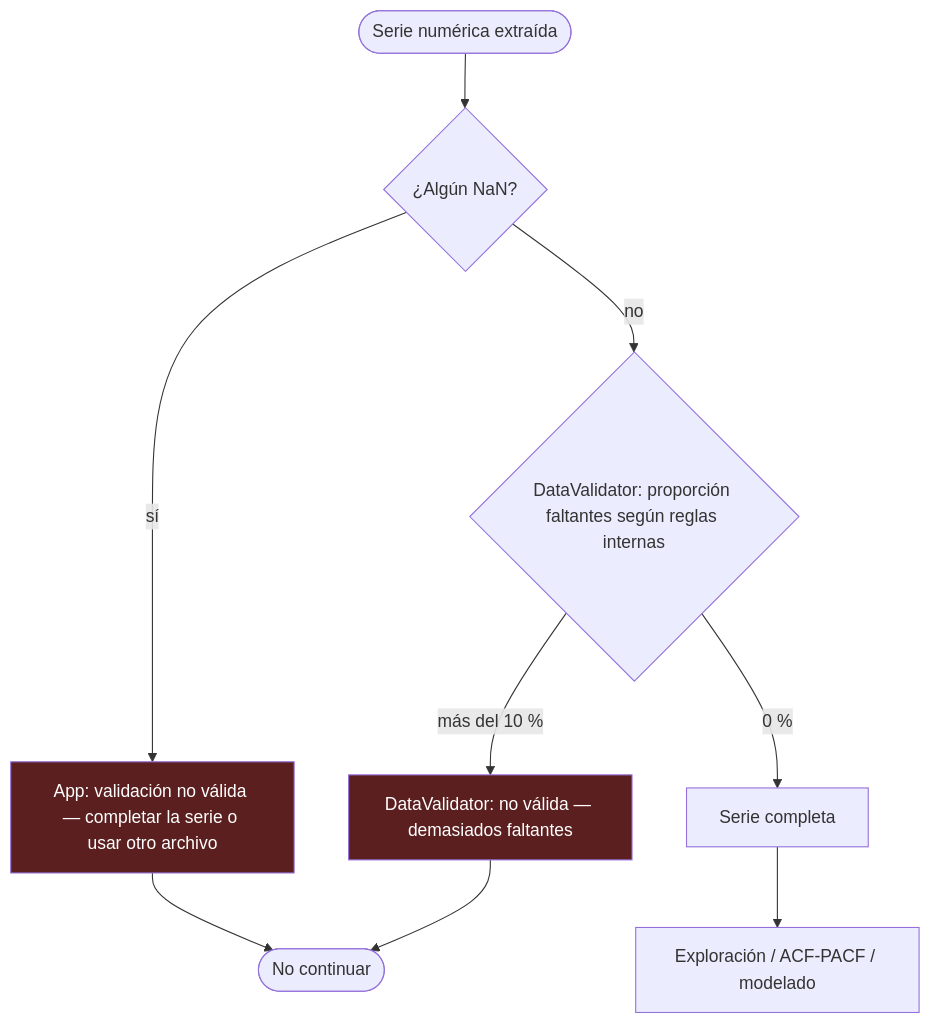
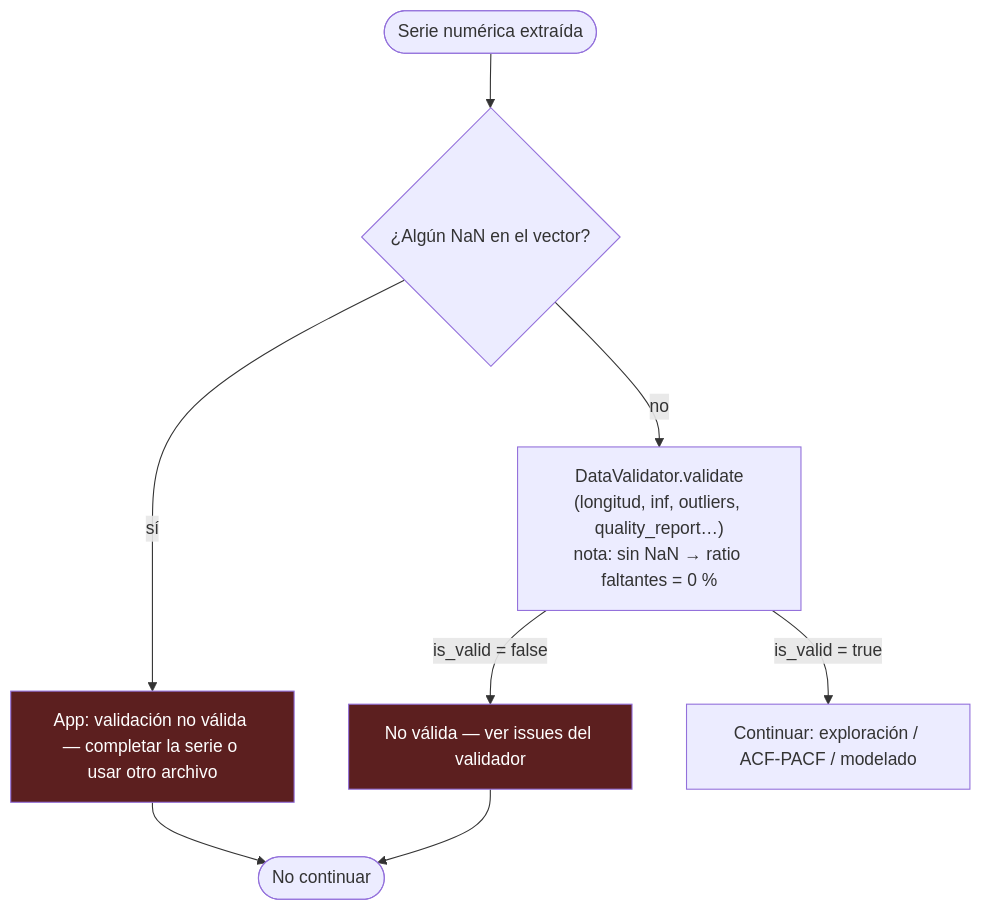
Before and after one commit to jesus1612/time-series-project: the second of 2 diagrams in diagrams/01-ingesta/DOCUMENTACION.md, drawn with Mermaid. The commit also changed other lines of this file and 14 other files, not shown here.

````diff
--- a/diagrams/01-ingesta/DOCUMENTACION.md
+++ b/diagrams/01-ingesta/DOCUMENTACION.md
@@ -75,16 +77,16 @@
 ```mermaid
 flowchart TD
-  INICIO([Serie numérica extraída]) --> ANY{¿Algún NaN?}
+  INICIO([Serie numérica extraída]) --> ANY{¿Algún NaN en el vector?}
 
   ANY -->|sí| APP_RECHAZO["App: validación no válida — completar la serie o usar otro archivo"]
-  ANY -->|no| RATIO{DataValidator: proporción faltantes según reglas internas}
+  ANY -->|no| DV["DataValidator.validate\n(longitud, inf, outliers, quality_report…)\nnota: sin NaN → ratio faltantes = 0 %"]
 
-  RATIO -->|más del 10 %| RECHAZO["DataValidator: no válida — demasiados faltantes"]
-  RATIO -->|0 %| OK["Serie completa"]
-  OK --> FIT["Exploración / ACF-PACF / modelado"]
-  RECHAZO --> FIN_MAL([No continuar])
-  APP_RECHAZO --> FIN_MAL
+  DV -->|is_valid = false| RECHAZO["No válida — ver issues del validador"]
+  DV -->|is_valid = true| OK["Continuar: exploración / ACF-PACF / modelado"]
+
+  APP_RECHAZO --> FIN_MAL([No continuar])
+  RECHAZO --> FIN_MAL
 
   style APP_RECHAZO fill:#5c1f1f,color:#fff
   style RECHAZO fill:#5c1f1f,color:#fff
 ```
````
